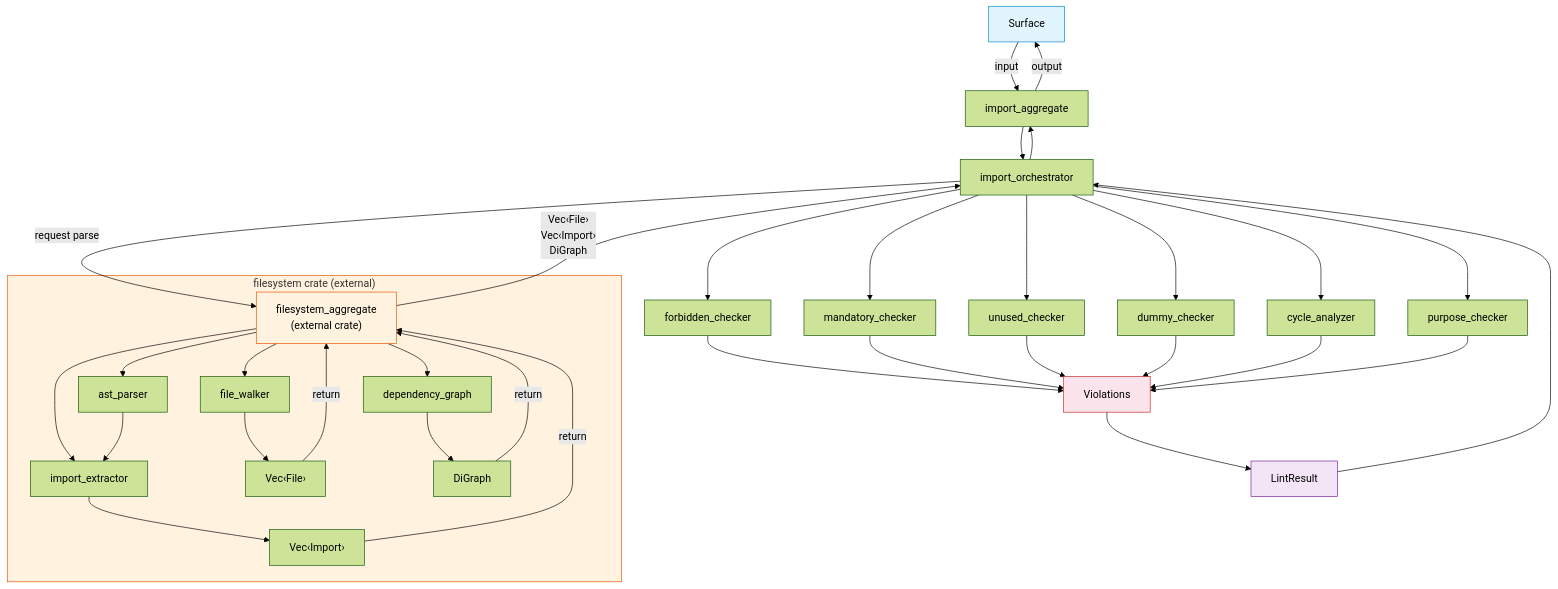
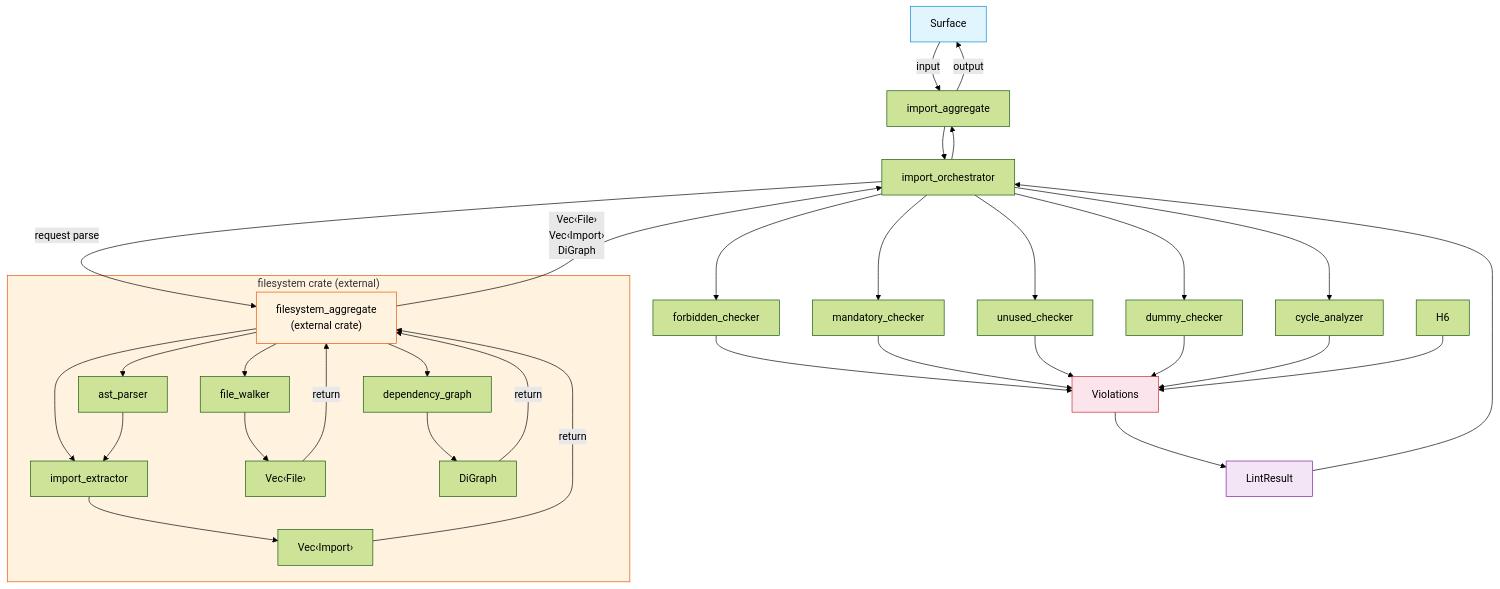
One commit to rakaarwaky/lint-arwaky changed the diagram in crates/import-rules/FRD.md. Above: the diagram before and after it, drawn with Mermaid (forest theme). The commit also changed other lines of this file and 3 other files, not shown here.

````diff
--- a/crates/import-rules/FRD.md
+++ b/crates/import-rules/FRD.md
@@ -9,47 +9,45 @@
 ```mermaid
 flowchart TD
     A["Surface"] -->|input| B["import_aggregate"]
     B --> C["import_orchestrator"]
 
     C -->|"request parse"| D["filesystem_aggregate\n(external crate)"]
 
     subgraph FS ["filesystem crate (external)"]
         D --> E1["file_walker"]
         D --> F1["ast_parser"]
         D --> F2["import_extractor"]
         D --> F3["dependency_graph"]
         F1 --> F2
         E1 --> G1["Vec‹File›"]
         F2 --> G2["Vec‹Import›"]
         F3 --> G3["DiGraph"]
     end
 
     G1 -->|"return"| D
     G2 -->|"return"| D
     G3 -->|"return"| D
     D -->|"Vec‹File›\nVec‹Import›\nDiGraph"| C
 
     C --> H1["forbidden_checker"]
     C --> H2["mandatory_checker"]
     C --> H3["unused_checker"]
     C --> H4["dummy_checker"]
     C --> H5["cycle_analyzer"]
-    C --> H6["purpose_checker"]
-
     H1 --> I["Violations"]
     H2 --> I
     H3 --> I
     H4 --> I
     H5 --> I
     H6 --> I
     I --> J["LintResult"]
     J --> C
     C --> B
     B -->|output| A
 
     style A fill:#e1f5fe,stroke:#0288d1
     style FS fill:#fff3e0,stroke:#e65100
     style D fill:#fff3e0,stroke:#e65100
     style I fill:#fce4ec,stroke:#c62828
     style J fill:#f3e5f5,stroke:#7b1fa2
 ```
````
